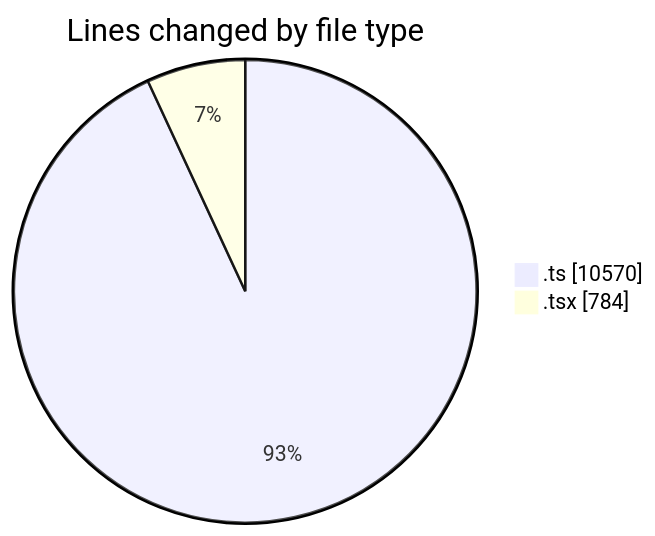
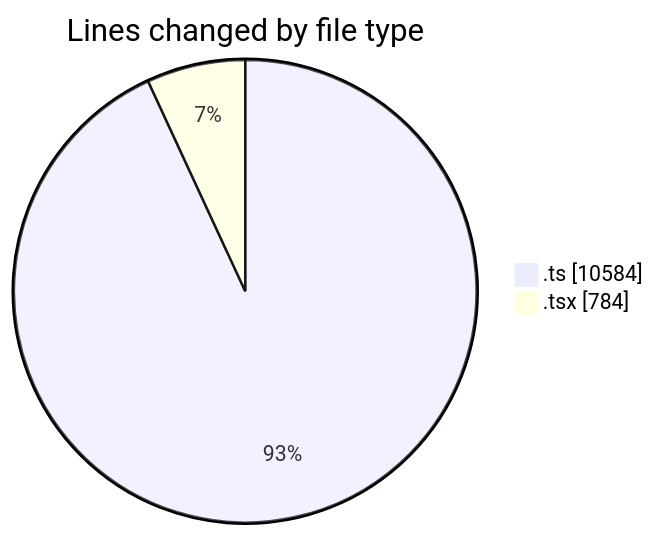
One commit to momahboobian/code-tracking changed the first of 2 diagrams in 2025-06-11/cda/README.md. Above: the diagram before and after it, drawn with Mermaid. The commit also changed other lines of this file and 1 other file, not shown here.

````diff
--- a/2025-06-11/cda/README.md
+++ b/2025-06-11/cda/README.md
@@ -27,6 +27,6 @@
 ```mermaid
 pie showData
 title Lines changed by file type
-".ts" : 10570
+".ts" : 10584
 ".tsx" : 784
 ```
````
